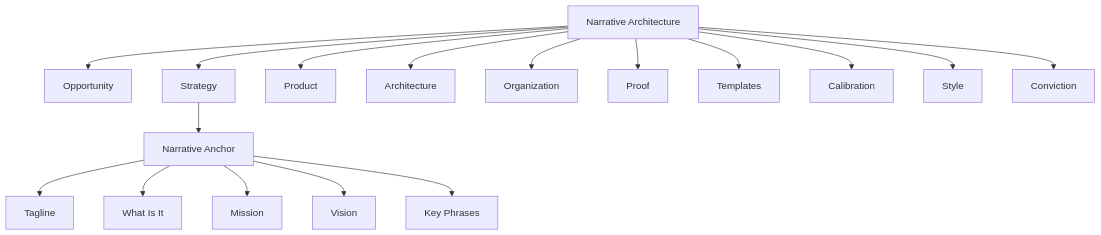
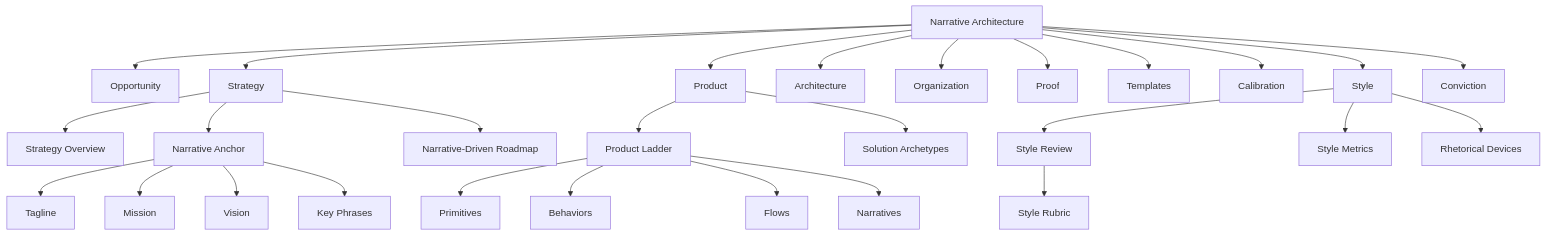
The fourth of 6 diagrams in presenter.md (Synthetic-Identity-Co/conj-talk-2025), drawn with Mermaid before and after one commit. The commit also changed other lines of this file, not shown here.

````diff
--- a/presenter.md
+++ b/presenter.md
@@ -203,20 +484,36 @@
 ```mermaid
-graph TB
-    NA[Narrative Architecture] --> Opp[Opportunity]
-    NA --> Strat[Strategy]
-    NA --> Prod[Product]
-    NA --> Arch[Architecture]
+graph TD
+    NA[Narrative Architecture] --> O[Opportunity]
+    NA --> S[Strategy]
+    NA --> P[Product]
+    NA --> A[Architecture]
     NA --> Org[Organization]
-    NA --> Proof[Proof]
-    NA --> Temp[Templates]
-    NA --> Cal[Calibration]
-    NA --> Style[Style]
-    NA --> Conv[Conviction]
+    NA --> Pr[Proof]
+    NA --> T[Templates]
+    NA --> C[Calibration]
+    NA --> St[Style]
+    NA --> Co[Conviction]
     
-    Strat --> Anchor[Narrative Anchor]
-    Anchor --> Tag[Tagline]
-    Anchor --> What[What Is It]
-    Anchor --> Miss[Mission]
-    Anchor --> Vis[Vision]
-    Anchor --> Key[Key Phrases]
+    S --> SA[Strategy Overview]
+    S --> NAn[Narrative Anchor]
+    S --> NR[Narrative-Driven Roadmap]
+    
+    NAn --> Tag[Tagline]
+    NAn --> M[Mission]
+    NAn --> V[Vision]
+    NAn --> KP[Key Phrases]
+    
+    P --> PL[Product Ladder]
+    P --> SolA[Solution Archetypes]
+    
+    PL --> Prim[Primitives]
+    PL --> Beh[Behaviors]
+    PL --> Fl[Flows]
+    PL --> Narr[Narratives]
+    
+    St --> SR[Style Review]
+    St --> SM[Style Metrics]
+    St --> RD[Rhetorical Devices]
+    
+    SR --> Rub[Style Rubric]
 ```
````
